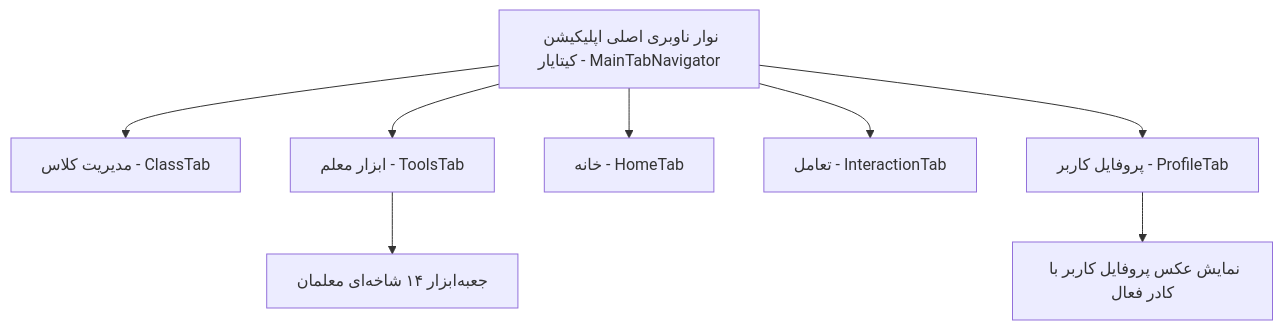
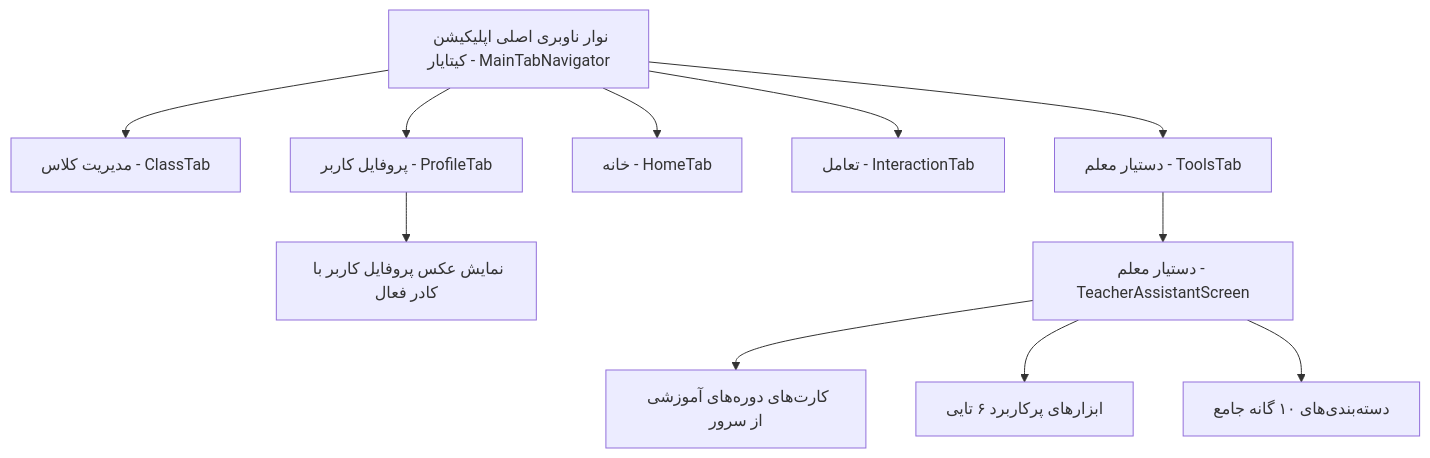
Before and after one commit to mohammadtaheri30132/kitayar-application: the diagram in docs/teacher_tools_and_profile_guide.md, drawn with Mermaid. The commit also changed other lines of this file and 139 other files, not shown here.

````diff
--- a/docs/teacher_tools_and_profile_guide.md
+++ b/docs/teacher_tools_and_profile_guide.md
@@ -17,11 +19,14 @@
 ```mermaid
 graph TD
     Nav[نوار ناوبری اصلی اپلیکیشن کیتایار - MainTabNavigator] --> ClassTab[مدیریت کلاس - ClassTab]
-    Nav --> ToolsTab[ابزار معلم - ToolsTab]
+    Nav --> ToolsTab[دستیار معلم - ToolsTab]
     Nav --> HomeTab[خانه - HomeTab]
     Nav --> InteractionTab[تعامل - InteractionTab]
     Nav --> ProfileTab[پروفایل کاربر - ProfileTab]
 
     ProfileTab --> ProfileAvatar[نمایش عکس پروفایل کاربر با کادر فعال]
-    ToolsTab --> ToolsTree[جعبه‌ابزار ۱۴ شاخه‌ای معلمان]
+    ToolsTab --> TeacherAssistant[دستیار معلم - TeacherAssistantScreen]
+    TeacherAssistant --> CoursesSection[کارت‌های دوره‌های آموزشی از سرور]
+    TeacherAssistant --> PopularSection[ابزارهای پرکاربرد ۶ تایی]
+    TeacherAssistant --> CategoriesSection[دسته‌بندی‌های ۱۰ گانه جامع]
 ```
````
